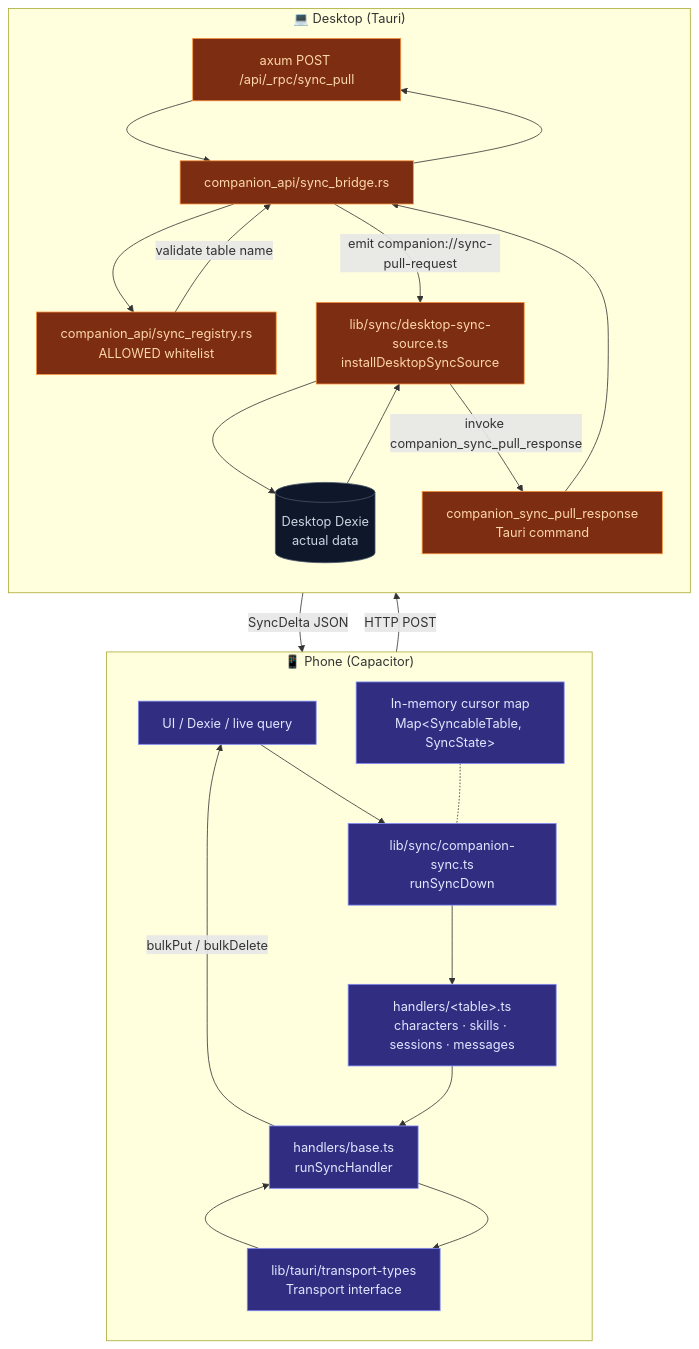
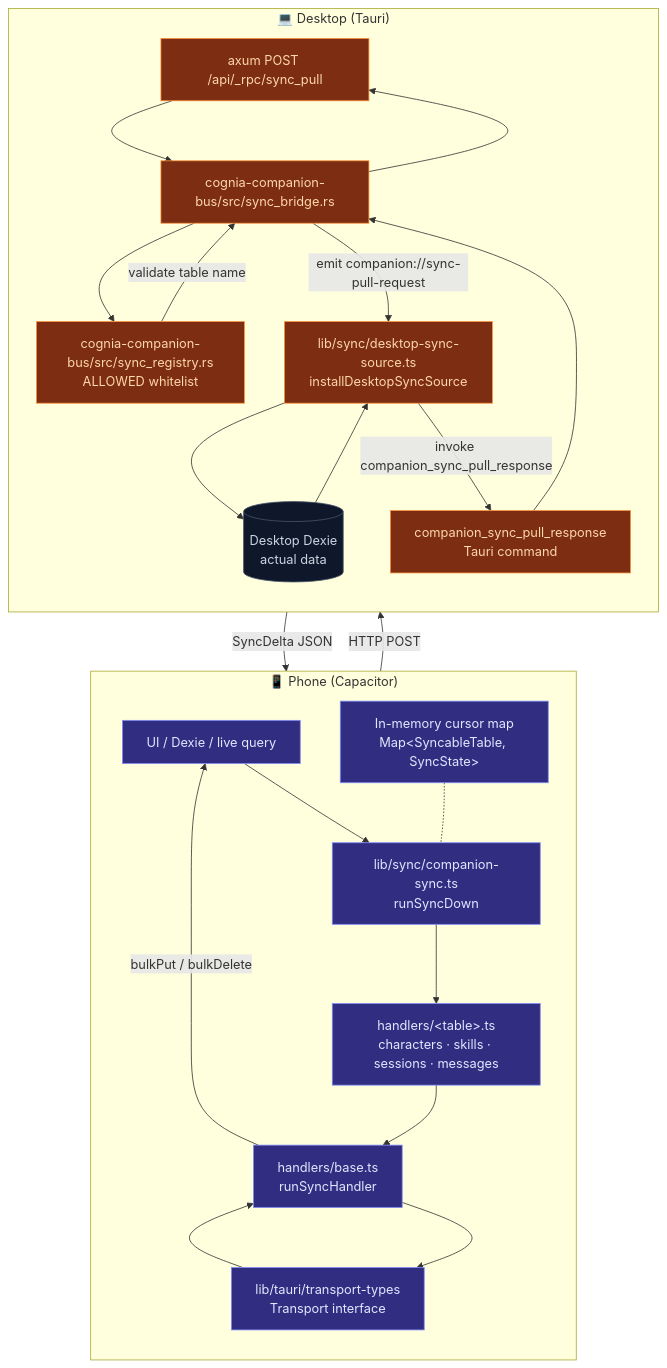
One commit to MaxQian888/cognia-next changed the first of 2 diagrams in docs/content/docs/en/data/sync-system.mdx. Above: the diagram before and after it, drawn with Mermaid. The commit also changed other lines of this file and 37 other files, not shown here.

First line of the commit message:
refactor(companion): move the event bus and bridges into their own crate

````diff
--- a/docs/content/docs/en/data/sync-system.mdx
+++ b/docs/content/docs/en/data/sync-system.mdx
@@ -42,48 +42,48 @@
 ```mermaid
 flowchart TB
   subgraph Phone["📱 Phone (Capacitor)"]
     direction TB
     PhoneUI[UI / Dexie / live query]
     PhoneSync[lib/sync/companion-sync.ts<br/>runSyncDown]
     Handlers[handlers/&lt;table&gt;.ts<br/>characters · skills · sessions · messages]
     Base[handlers/base.ts<br/>runSyncHandler]
     Transport[lib/tauri/transport-types<br/>Transport interface]
     Cursors[In-memory cursor map<br/>Map&lt;SyncableTable, SyncState&gt;]
   end
 
   subgraph Desktop["💻 Desktop (Tauri)"]
     direction TB
     DeskHTTP[axum POST /api/_rpc/sync_pull]
-    Bridge[companion_api/sync_bridge.rs]
-    Registry[companion_api/sync_registry.rs<br/>ALLOWED whitelist]
+    Bridge[cognia-companion-bus/src/sync_bridge.rs]
+    Registry[cognia-companion-bus/src/sync_registry.rs<br/>ALLOWED whitelist]
     Source[lib/sync/desktop-sync-source.ts<br/>installDesktopSyncSource]
     Dexie[(Desktop Dexie<br/>actual data)]
     RespCmd[companion_sync_pull_response<br/>Tauri command]
   end
 
   PhoneUI --> PhoneSync
   PhoneSync --> Handlers
   Handlers --> Base
   Base --> Transport
   Transport -- "HTTP POST" --> DeskHTTP
   DeskHTTP --> Bridge
   Bridge --> Registry
   Registry -- "validate table name" --> Bridge
   Bridge -- "emit companion://sync-pull-request" --> Source
   Source --> Dexie
   Dexie --> Source
   Source -- "invoke companion_sync_pull_response" --> RespCmd
   RespCmd --> Bridge
   Bridge --> DeskHTTP
   DeskHTTP -- "SyncDelta JSON" --> Transport
   Transport --> Base
   Base -- "bulkPut / bulkDelete" --> PhoneUI
   Cursors -.- PhoneSync
 
   classDef phone fill:#312e81,stroke:#818cf8,color:#e0e7ff
   classDef desk fill:#7c2d12,stroke:#fb923c,color:#fed7aa
   classDef storage fill:#0f172a,stroke:#475569,color:#cbd5e1
   class PhoneUI,PhoneSync,Handlers,Base,Transport,Cursors phone
   class DeskHTTP,Bridge,Registry,Source,RespCmd desk
   class Dexie storage
 ```
````
